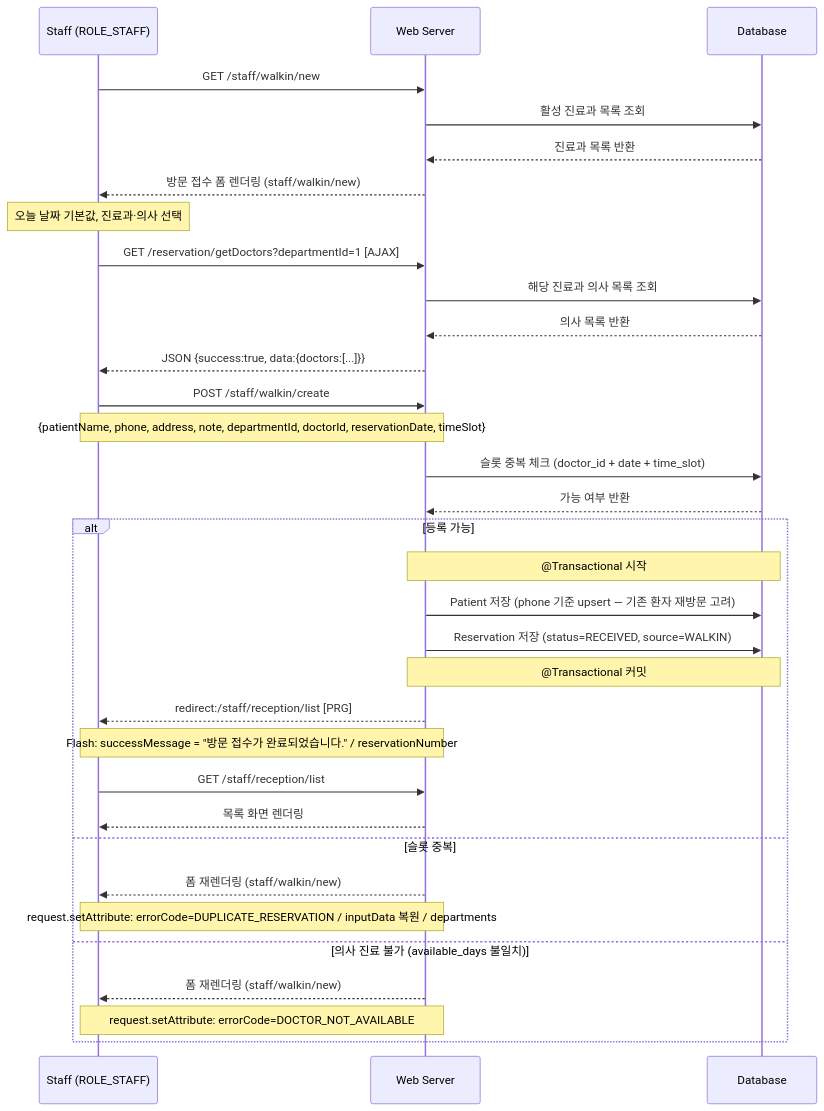
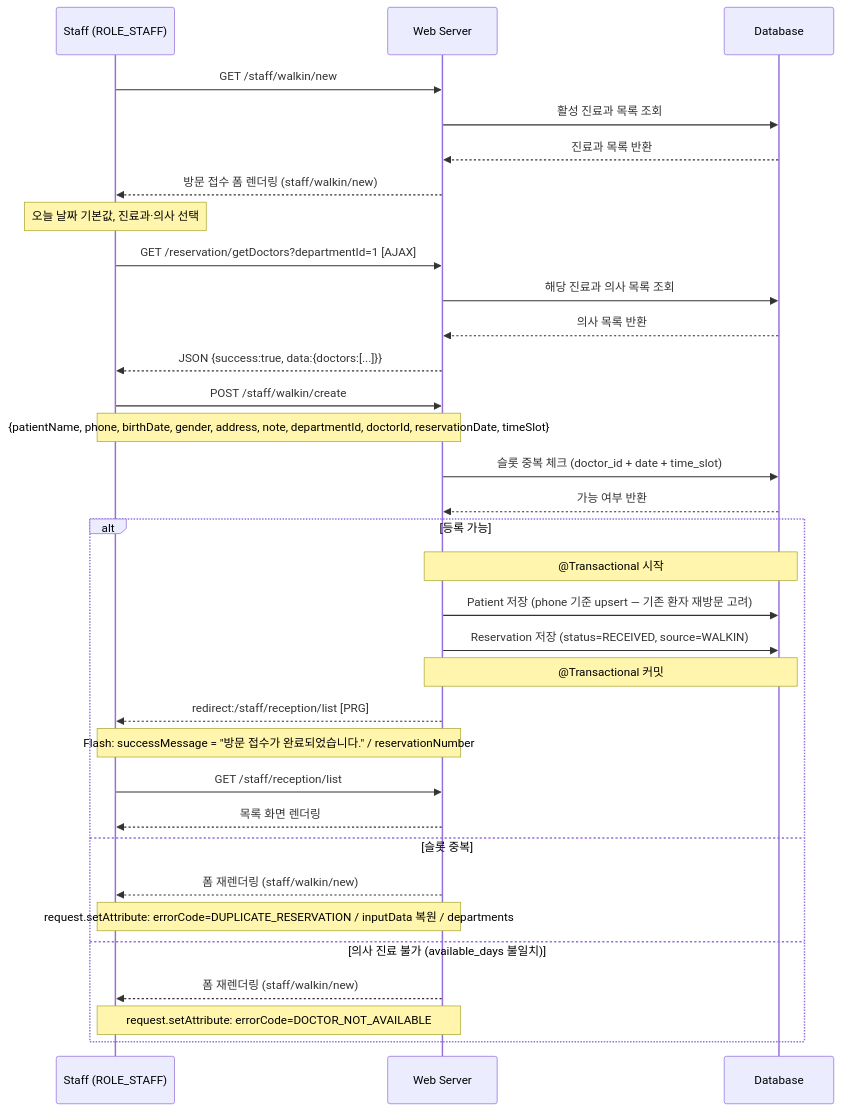
The fifth of 17 diagrams in 05_화면_흐름_시퀀스_다이어그램/🏥_병원_예약_&_내부_업무_시스템_—_화면_흐름_시퀀스_다이어그램_v5.md (proejct-team-alpha/documents), drawn with Mermaid before and after one commit. The commit also changed other lines of this file and 7 other files, not shown here.

First line of the commit message:
PATIENT 테이블: 생년월일(birth_date) + 성별(gender) 추가 및 관련 문서 업데이트

````diff
--- a/05_화면_흐름_시퀀스_다이어그램/🏥_병원_예약_&_내부_업무_시스템_—_화면_흐름_시퀀스_다이어그램_v5.md
+++ b/05_화면_흐름_시퀀스_다이어그램/🏥_병원_예약_&_내부_업무_시스템_—_화면_흐름_시퀀스_다이어그램_v5.md
@@ -336,39 +336,39 @@
 ```mermaid
 sequenceDiagram
     participant S  as Staff (ROLE_STAFF)
     participant W  as Web Server
     participant DB as Database
 
     S->>W: GET /staff/walkin/new
     W->>DB: 활성 진료과 목록 조회
     DB-->>W: 진료과 목록 반환
     W-->>S: 방문 접수 폼 렌더링 (staff/walkin/new)
     Note over S: 오늘 날짜 기본값, 진료과·의사 선택
 
     S->>W: GET /reservation/getDoctors?departmentId=1  [AJAX]
     W->>DB: 해당 진료과 의사 목록 조회
     DB-->>W: 의사 목록 반환
     W-->>S: JSON {success:true, data:{doctors:[...]}}
 
     S->>W: POST /staff/walkin/create
-    Note over S,W: {patientName, phone, address, note, departmentId, doctorId, reservationDate, timeSlot}
+    Note over S,W: {patientName, phone, birthDate, gender, address, note, departmentId, doctorId, reservationDate, timeSlot}
     W->>DB: 슬롯 중복 체크 (doctor_id + date + time_slot)
     DB-->>W: 가능 여부 반환
 
     alt 등록 가능
         Note over W,DB: @Transactional 시작
         W->>DB: Patient 저장 (phone 기준 upsert — 기존 환자 재방문 고려)
         W->>DB: Reservation 저장 (status=RECEIVED, source=WALKIN)
         Note over W,DB: @Transactional 커밋
         W-->>S: redirect:/staff/reception/list [PRG]
         Note over W,S: Flash: successMessage = "방문 접수가 완료되었습니다." / reservationNumber
         S->>W: GET /staff/reception/list
         W-->>S: 목록 화면 렌더링
     else 슬롯 중복
         W-->>S: 폼 재렌더링 (staff/walkin/new)
         Note over W,S: request.setAttribute: errorCode=DUPLICATE_RESERVATION / inputData 복원 / departments
     else 의사 진료 불가 (available_days 불일치)
         W-->>S: 폼 재렌더링 (staff/walkin/new)
         Note over W,S: request.setAttribute: errorCode=DOCTOR_NOT_AVAILABLE
     end
 ```
````
